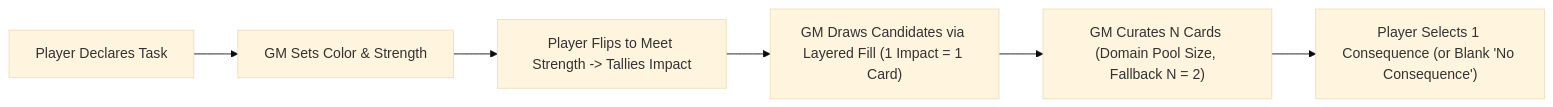
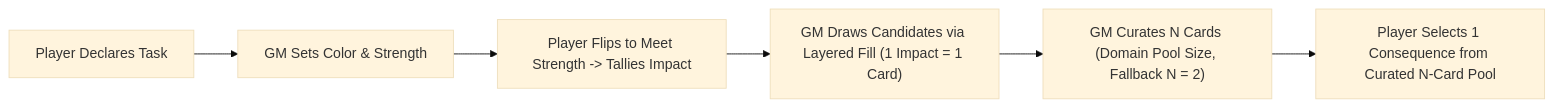
The diagram in design/iteration/resolution/candidates/consequence-pool-tag-escalation/gamemaster-guide-patch.md (tdimiduk/cardpg), drawn with Mermaid (base theme) before and after one commit. The commit also changed other lines of this file and 12 other files, not shown here.

````diff
--- a/design/iteration/resolution/candidates/consequence-pool-tag-escalation/gamemaster-guide-patch.md
+++ b/design/iteration/resolution/candidates/consequence-pool-tag-escalation/gamemaster-guide-patch.md
@@ -83,8 +83,8 @@
 ```mermaid
 flowchart LR
     A["Player Declares Task"] --> B["GM Sets Color & Strength"]
     B --> C["Player Flips to Meet Strength -> Tallies Impact"]
     C --> D["GM Draws Candidates via Layered Fill (1 Impact = 1 Card)"]
     D --> E["GM Curates N Cards (Domain Pool Size, Fallback N = 2)"]
-    E --> F["Player Selects 1 Consequence (or Blank 'No Consequence')"]
+    E --> F["Player Selects 1 Consequence from Curated N-Card Pool"]
 ```
````
